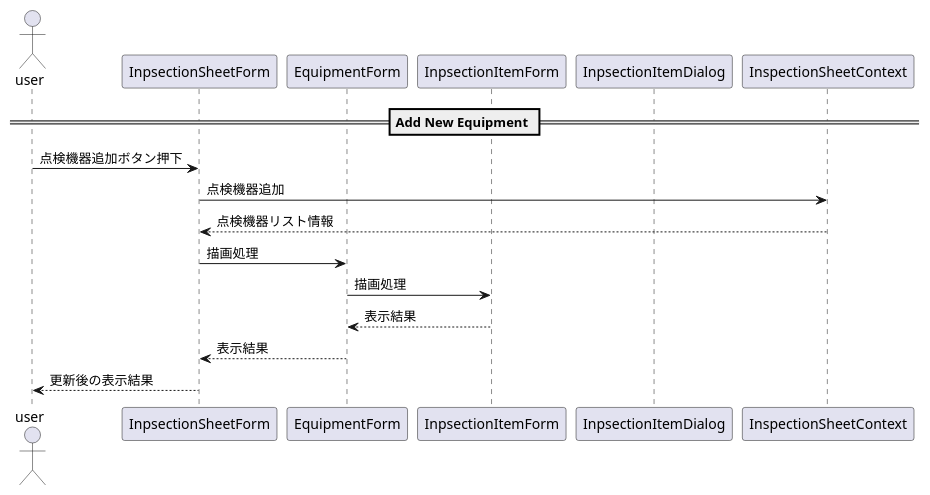
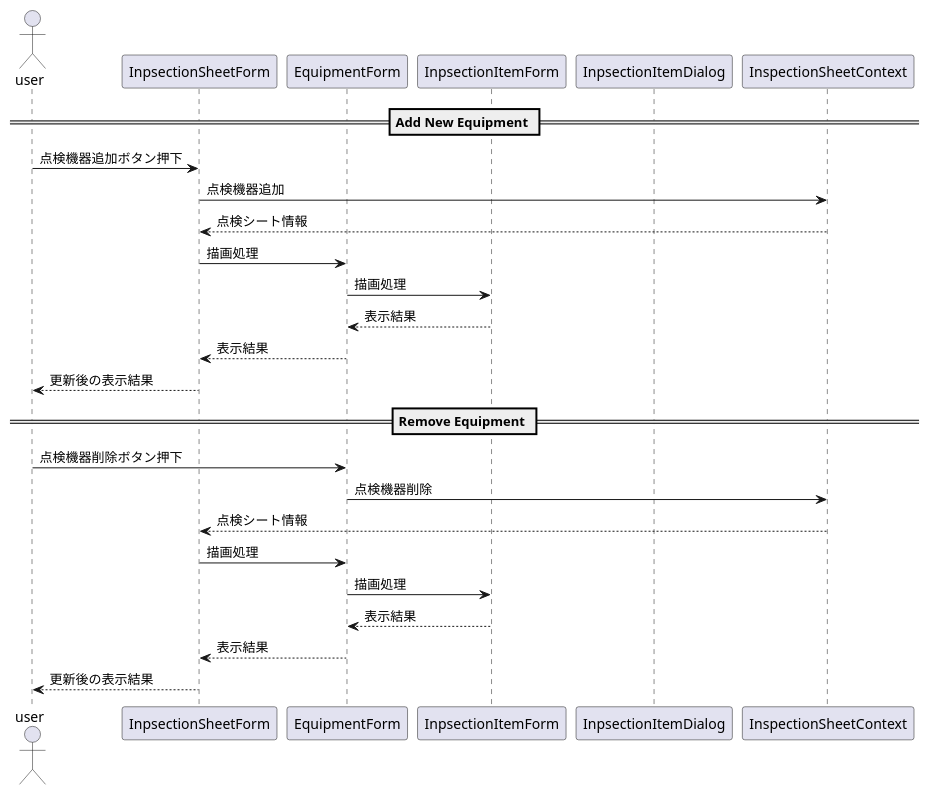
One commit to yasuaki-344/inspection-manager changed the diagram in docs/sequence-diagrams.puml. Above: the diagram before and after it, drawn with PlantUML.

Commit message:
Add sequence for remove equipment

```diff
--- a/docs/sequence-diagrams.puml
+++ b/docs/sequence-diagrams.puml
@@ -1,20 +1,29 @@
 @startuml sequence-diagram
 
 actor user
 participant InpsectionSheetForm as sheetForm
 participant EquipmentForm as equipForm
 participant InpsectionItemForm as itemForm
 participant InpsectionItemDialog as itemDialog
 participant InspectionSheetContext as sheetContext
 
 == Add New Equipment ==
 user -> sheetForm : 点検機器追加ボタン押下
 sheetForm -> sheetContext : 点検機器追加
-sheetForm <-- sheetContext : 点検機器リスト情報
+sheetForm <-- sheetContext : 点検シート情報
 sheetForm -> equipForm : 描画処理
 equipForm -> itemForm : 描画処理
 equipForm <-- itemForm : 表示結果
 sheetForm <-- equipForm : 表示結果
 user <-- sheetForm : 更新後の表示結果
 
+== Remove Equipment ==
+user -> equipForm : 点検機器削除ボタン押下
+equipForm -> sheetContext : 点検機器削除
+sheetForm <-- sheetContext : 点検シート情報
+sheetForm -> equipForm : 描画処理
+equipForm -> itemForm : 描画処理
+equipForm <-- itemForm : 表示結果
+sheetForm <-- equipForm : 表示結果
+user <-- sheetForm : 更新後の表示結果
 @enduml
```
